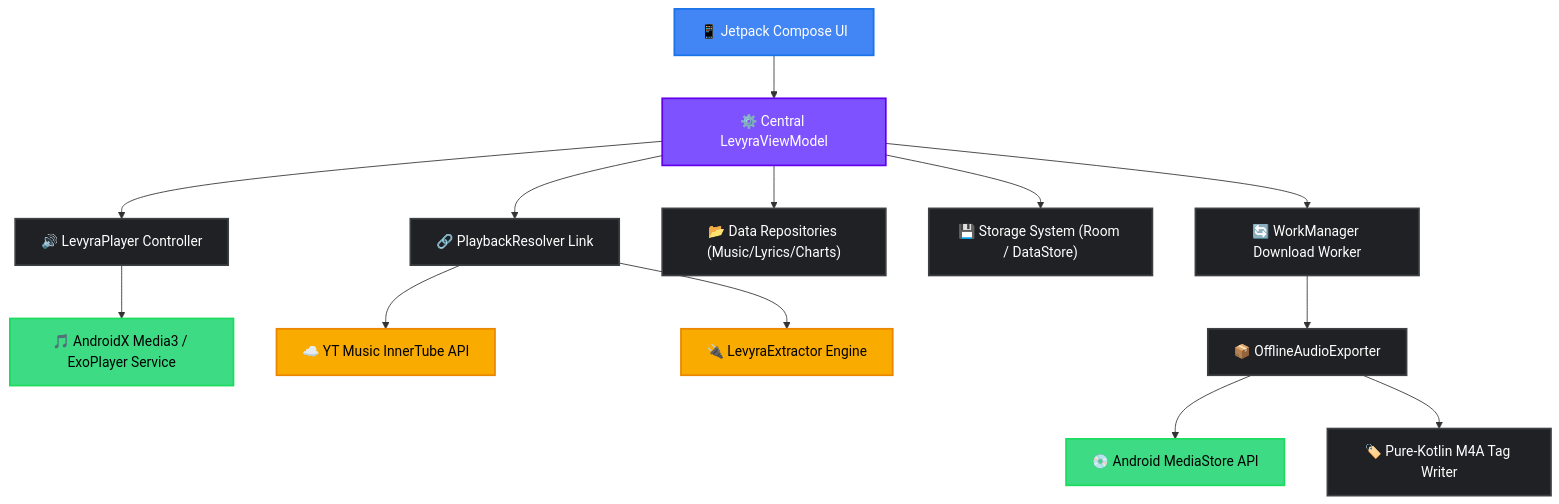
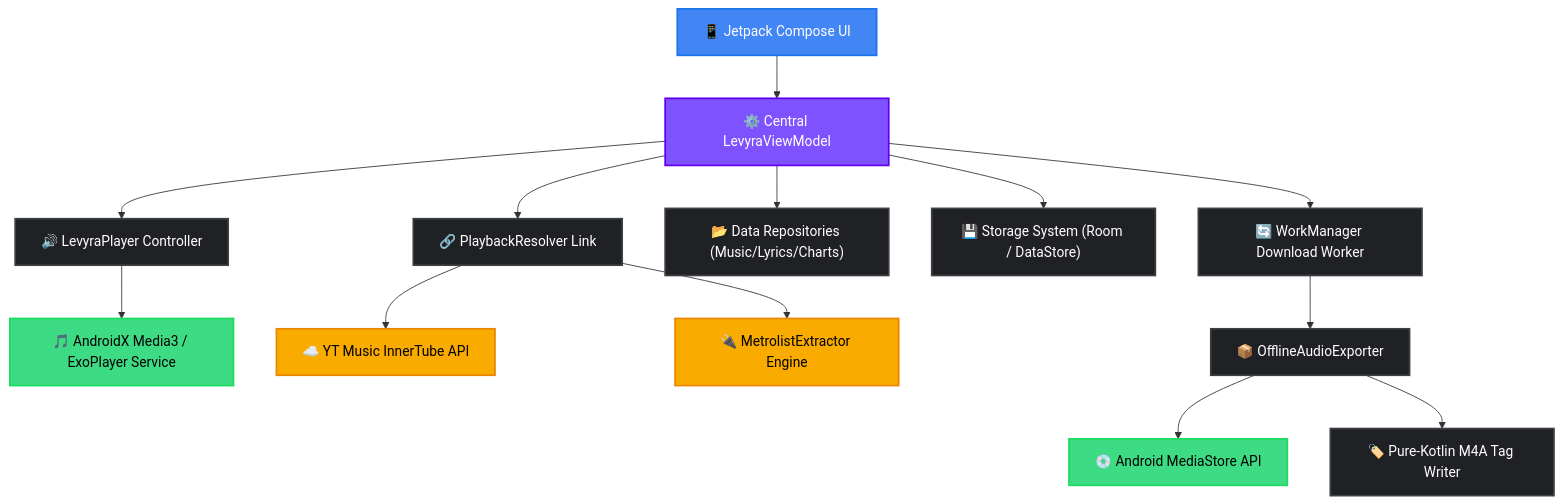
The diagram in README.md (LUC4N3X/Levyra-deepsound), drawn with Mermaid before and after one commit. The commit also changed other lines of this file and 9 other files, not shown here.

Commit message:
Replace LevyraExtractor with MetrolistExtractor

````diff
--- a/README.md
+++ b/README.md
@@ -130,26 +130,26 @@
 ```mermaid
 graph TD
     %% Custom Styling Theme
     classDef ui fill:#4285F4,stroke:#1A73E8,stroke-width:2px,color:#fff;
     classDef vm fill:#7F52FF,stroke:#6200EE,stroke-width:2px,color:#fff;
     classDef core fill:#202124,stroke:#3C4043,stroke-width:2px,color:#fff;
     classDef engine fill:#3DDC84,stroke:#1DDB60,stroke-width:2px,color:#000;
     classDef ext fill:#F9AB00,stroke:#EA8600,stroke-width:2px,color:#000;
 
     UI["📱 Jetpack Compose UI"]:::ui --> VM["⚙️ Central LevyraViewModel"]:::vm
     
     VM --> Player["🔊 LevyraPlayer Controller"]:::core
     VM --> Resolver["🔗 PlaybackResolver Link"]:::core
     VM --> Repos["📂 Data Repositories (Music/Lyrics/Charts)"]:::core
     VM --> Store["💾 Storage System (Room / DataStore)"]:::core
     VM --> Work["🔄 WorkManager Download Worker"]:::core
     
     Player --> Media3["🎵 AndroidX Media3 / ExoPlayer Service"]:::engine
     
     Resolver --> InnerTube["☁️ YT Music InnerTube API"]:::ext
-    Resolver --> Extractor["🔌 LevyraExtractor Engine"]:::ext
+    Resolver --> Extractor["🔌 MetrolistExtractor Engine"]:::ext
     
     Work --> Exporter["📦 OfflineAudioExporter"]:::core
     Exporter --> MediaStore["💿 Android MediaStore API"]:::engine
     Exporter --> Tagger["🏷️ Pure-Kotlin M4A Tag Writer"]:::core
 ```
````
